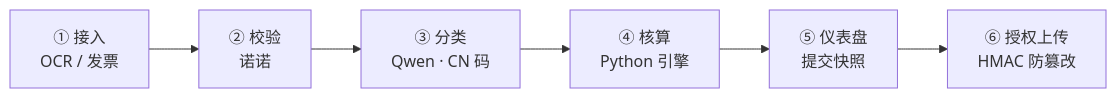
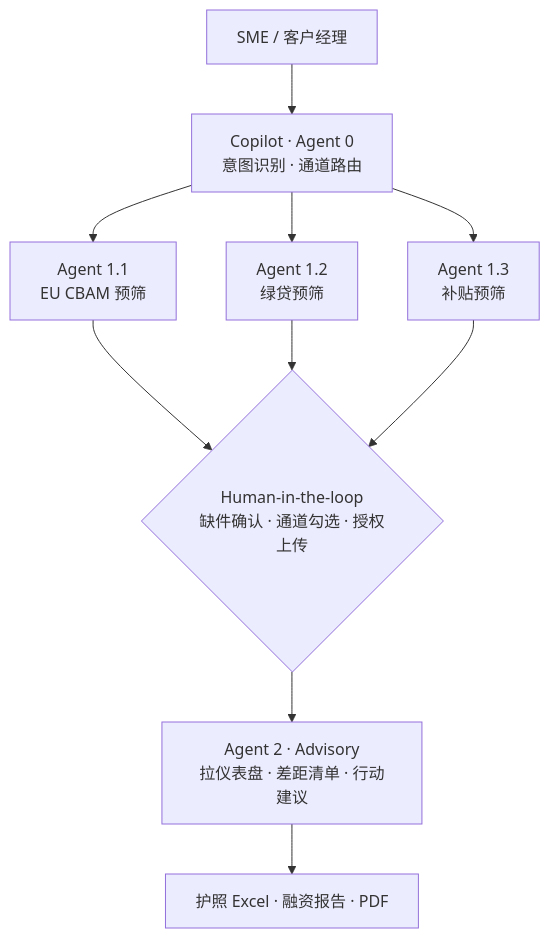
Before and after one commit to pennythewise/GreenGru: the second of 6 diagrams in README.md, drawn with Mermaid. The commit also changed other lines of this file and 1 other file, not shown here.

````diff
--- a/README.md
+++ b/README.md
@@ -133,8 +67,12 @@
 ```mermaid
-flowchart LR
-  S1["① 接入<br/>OCR / 发票"] --> S2["② 校验<br/>诺诺"]
-  S2 --> S3["③ 分类<br/>Qwen · CN 码"]
-  S3 --> S4["④ 核算<br/>Python 引擎"]
-  S4 --> S5["⑤ 仪表盘<br/>提交快照"]
-  S5 --> S6["⑥ 授权上传<br/>HMAC 防篡改"]
+flowchart TB
+  U["SME / 客户经理"] --> COP["Copilot · Agent 0<br/>意图识别 · 通道路由"]
+  COP --> P1["Agent 1.1<br/>EU CBAM 预筛"]
+  COP --> P2["Agent 1.2<br/>绿贷预筛"]
+  COP --> P3["Agent 1.3<br/>补贴预筛"]
+  P1 --> HITL{"Human-in-the-loop<br/>缺件确认 · 通道勾选 · 授权上传"}
+  P2 --> HITL
+  P3 --> HITL
+  HITL --> ADV["Agent 2 · Advisory<br/>拉仪表盘 · 差距清单 · 行动建议"]
+  ADV --> OUT["护照 Excel · 融资报告 · PDF"]
 ```
````
